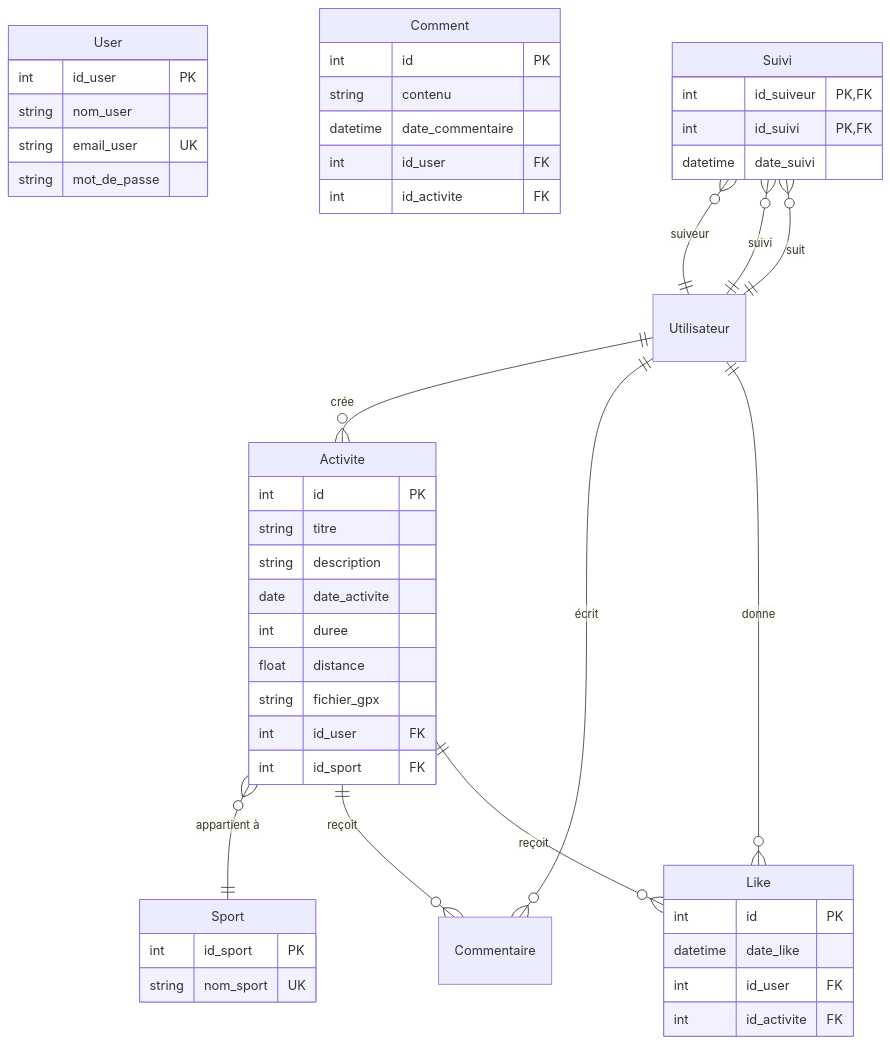
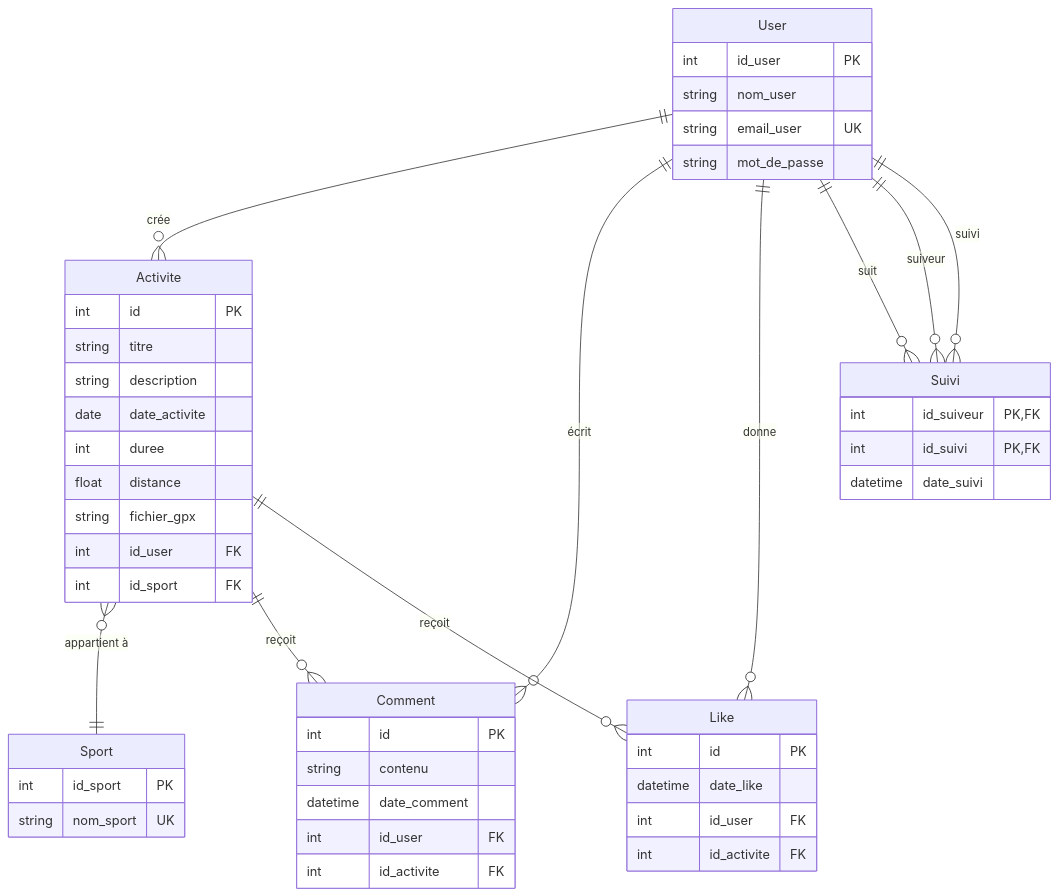
The diagram in modèlle_physique_données.md (TeodoraHub/Info-2A-Strava), drawn with Mermaid before and after one commit.

````diff
--- a/modèlle_physique_données.md
+++ b/modèlle_physique_données.md
@@ -1,61 +1,61 @@
 ```mermaid
 erDiagram
     User {
         int id_user PK
         string nom_user
         string email_user UK
         string mot_de_passe
     }
 
     Sport {
         int id_sport PK
         string nom_sport UK
     }
 
     Activite {
         int id PK
         string titre
         string description
         date date_activite
         int duree
         float distance
         string fichier_gpx
         int id_user FK
         int id_sport FK
     }
 
     Comment {
         int id PK
         string contenu
-        datetime date_commentaire
+        datetime date_comment
         int id_user FK
         int id_activite FK
     }
 
     Like {
         int id PK
         datetime date_like
         int id_user FK
         int id_activite FK
     }
 
     Suivi {
         int id_suiveur PK, FK
         int id_suivi PK, FK
         datetime date_suivi
     }
 
 
     %% Relations
-    Utilisateur ||--o{ Activite : "crée"
-    Utilisateur ||--o{ Commentaire : "écrit"
-    Utilisateur ||--o{ Like : "donne"
-    Utilisateur ||--o{ Suivi : "suit"
+    User ||--o{ Activite : "crée"
+    User ||--o{ Comment : "écrit"
+    User ||--o{ Like : "donne"
+    User ||--o{ Suivi : "suit"
 
     Activite }o--|| Sport : "appartient à"
-    Activite ||--o{ Commentaire : "reçoit"
+    Activite ||--o{ Comment : "reçoit"
     Activite ||--o{ Like : "reçoit"
 
-    Suivi }o--|| Utilisateur : "suiveur"
-    Suivi }o--|| Utilisateur : "suivi"
+    Suivi }o--|| User : "suiveur"
+    Suivi }o--|| User : "suivi"
 ```
````
